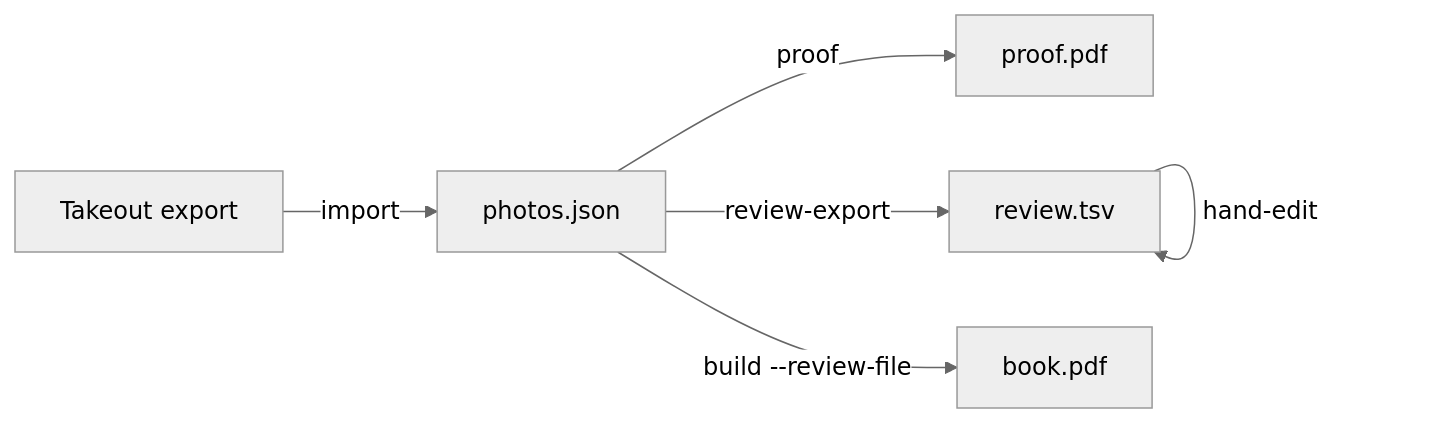
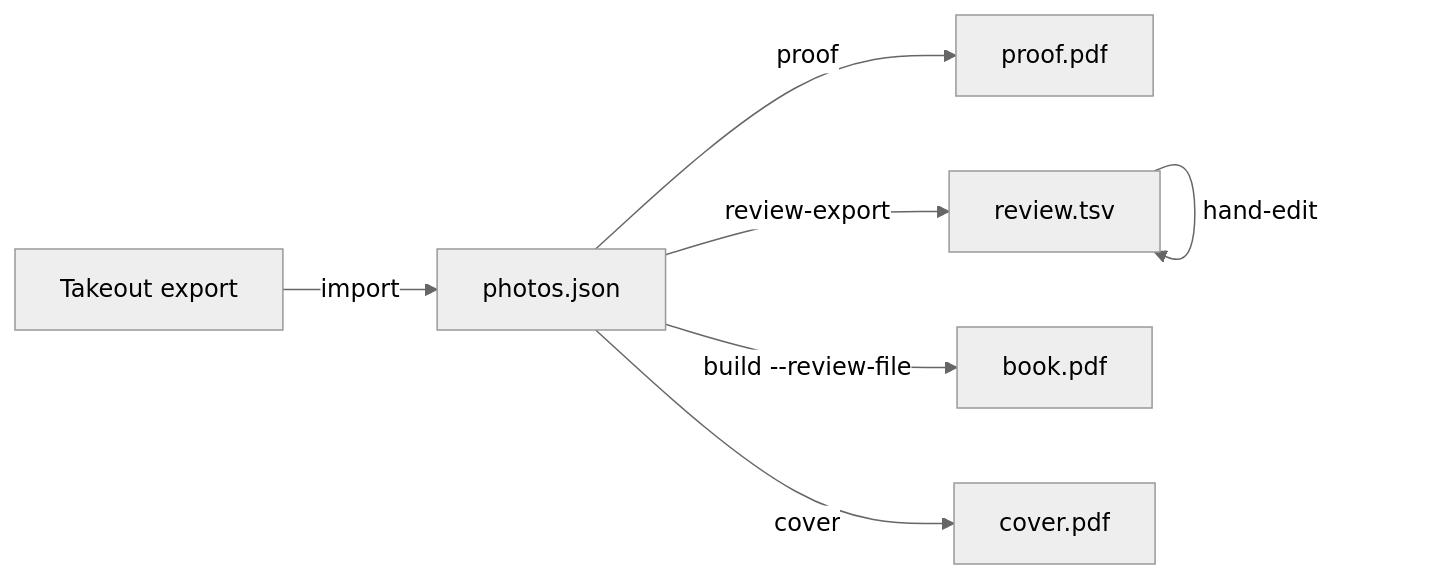
Before and after one commit to wsnoble/google-photo-book: the diagram in docs/index.md, drawn with Mermaid (neutral theme). The commit also changed other lines of this file and 6 other files, not shown here.

````diff
--- a/docs/index.md
+++ b/docs/index.md
@@ -30,8 +33,9 @@
 ```mermaid
 flowchart LR
     A[Takeout export] -->|import| B[photos.json]
     B -->|proof| C[proof.pdf]
     B -->|review-export| D[review.tsv]
     D -->|hand-edit| D
     B -->|build --review-file| E[book.pdf]
+    B -->|cover| F[cover.pdf]
 ```
````
